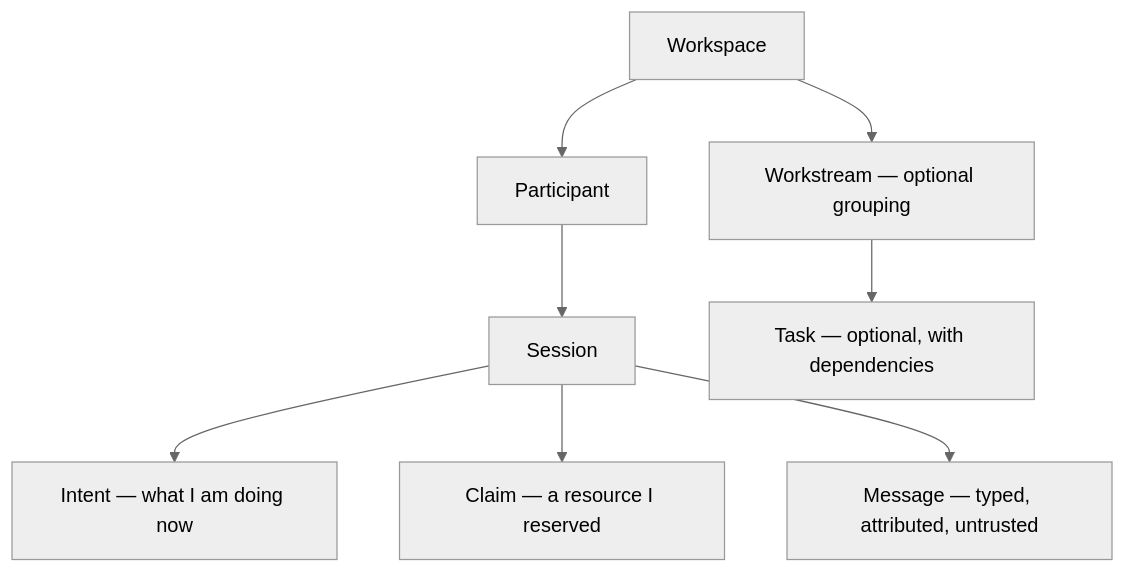
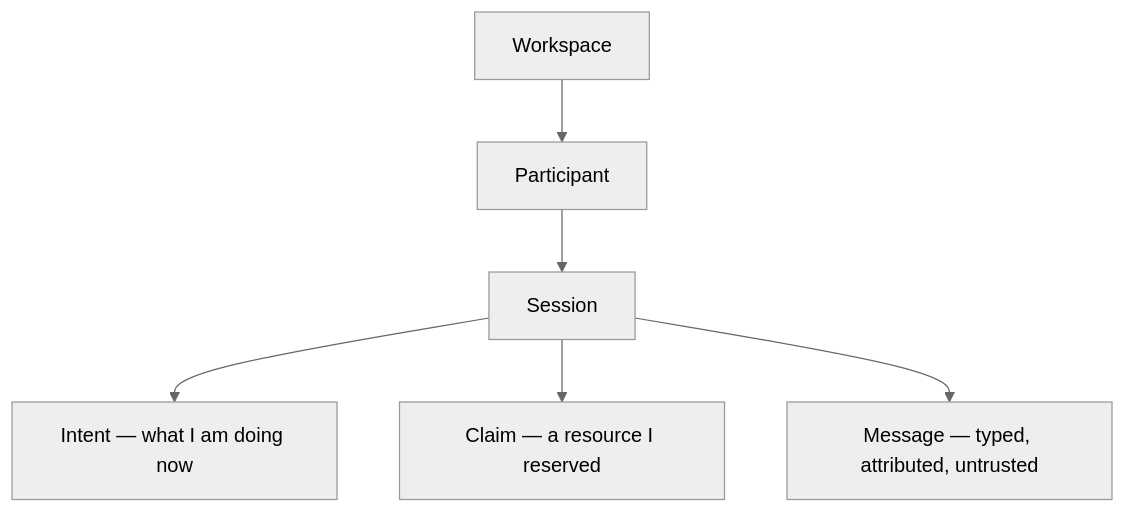
One commit to automatis-tools/agents-can-communicate changed the second of 3 diagrams in docs/CONCEPTS.md. Above: the diagram before and after it, drawn with Mermaid (neutral theme). The commit also changed other lines of this file and 43 other files, not shown here.

````diff
--- a/docs/CONCEPTS.md
+++ b/docs/CONCEPTS.md
@@ -81,10 +81,8 @@
 ```mermaid
 graph TB
   W[Workspace] --> P[Participant]
   P --> S[Session]
   S --> I["Intent — what I am doing now"]
   S --> C["Claim — a resource I reserved"]
   S --> M["Message — typed, attributed, untrusted"]
-  W --> WS["Workstream — optional grouping"]
-  WS --> T["Task — optional, with dependencies"]
 ```
````
